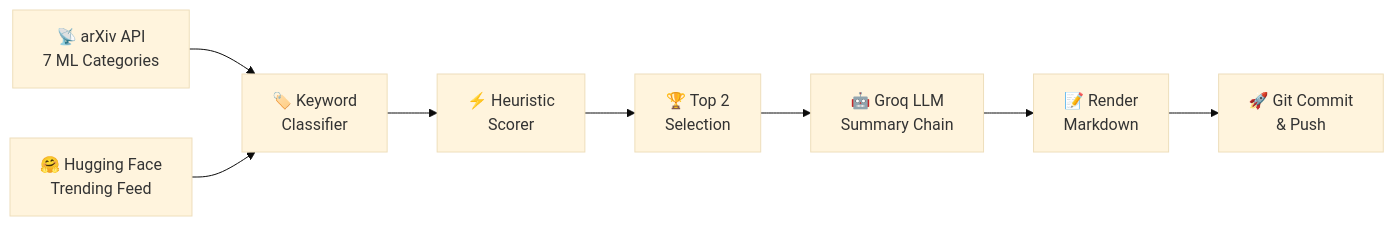
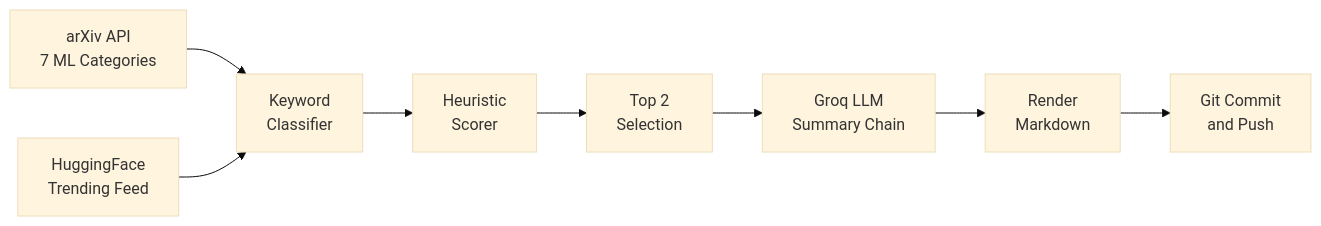
One commit to Omen-bit/ai-paper-daily changed the diagram in README.md. Above: the diagram before and after it, drawn with Mermaid (base theme). The commit also changed other lines of this file and 3 other files, not shown here.

````diff
--- a/README.md
+++ b/README.md
@@ -105,10 +101,10 @@
 ```mermaid
 flowchart LR
-    A[📡 arXiv API<br/>7 ML Categories] --> C[🏷️ Keyword<br/>Classifier]
-    B[🤗 Hugging Face<br/>Trending Feed] --> C
-    C --> D[⚡ Heuristic<br/>Scorer]
-    D --> E[🏆 Top 2<br/>Selection]
-    E --> F[🤖 Groq LLM<br/>Summary Chain]
-    F --> G[📝 Render<br/>Markdown]
-    G --> H[🚀 Git Commit<br/>& Push]
+    A[arXiv API<br/>7 ML Categories] --> C[Keyword<br/>Classifier]
+    B[HuggingFace<br/>Trending Feed] --> C
+    C --> D[Heuristic<br/>Scorer]
+    D --> E[Top 2<br/>Selection]
+    E --> F[Groq LLM<br/>Summary Chain]
+    F --> G[Render<br/>Markdown]
+    G --> H[Git Commit<br/>and Push]
 ```
````
